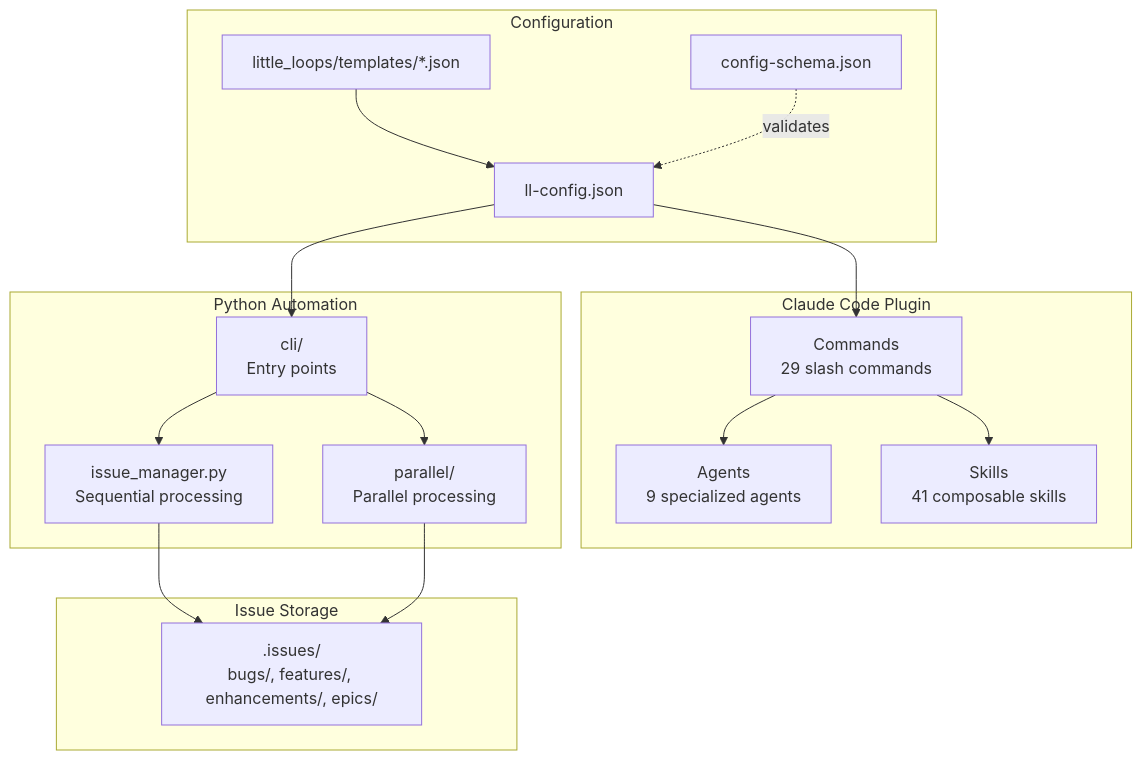
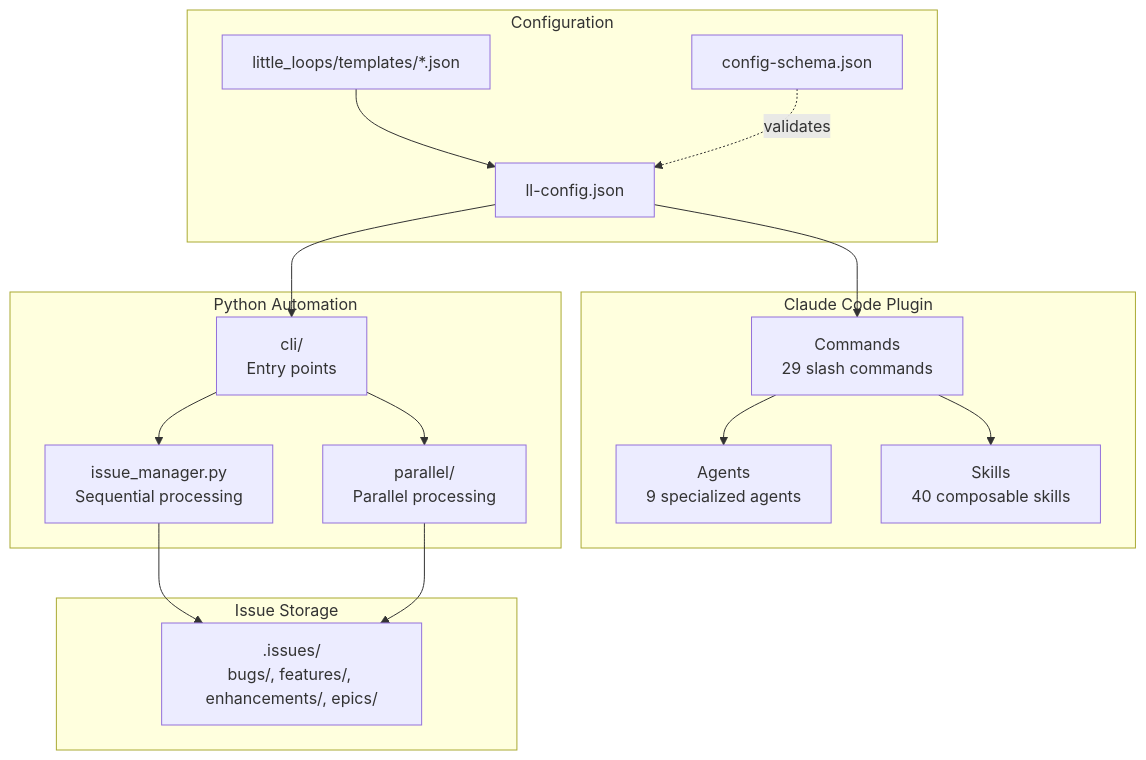
Before and after one commit to BrennonTWilliams/little-loops: the first of 17 diagrams in docs/ARCHITECTURE.md, drawn with Mermaid. The commit also changed other lines of this file and 113 other files, not shown here.

````diff
--- a/docs/ARCHITECTURE.md
+++ b/docs/ARCHITECTURE.md
@@ -21,35 +21,35 @@
 ```mermaid
 flowchart TB
     subgraph "Claude Code Plugin"
         CMD[Commands<br/>29 slash commands]
         AGT[Agents<br/>9 specialized agents]
-        SKL[Skills<br/>41 composable skills]
+        SKL[Skills<br/>40 composable skills]
     end
 
     subgraph "Configuration"
         CFG[ll-config.json]
         SCHEMA[config-schema.json]
         TPL[little_loops/templates/*.json]
     end
 
     subgraph "Python Automation"
         CLI[cli/<br/>Entry points]
         AUTO[issue_manager.py<br/>Sequential processing]
         PARALLEL[parallel/<br/>Parallel processing]
     end
 
     subgraph "Issue Storage"
         ISSUES[.issues/<br/>bugs/, features/, enhancements/, epics/]
     end
 
     CFG --> CMD
     TPL --> CFG
     SCHEMA -.->|validates| CFG
     CFG --> CLI
     CMD --> AGT
     CMD --> SKL
     CLI --> AUTO
     CLI --> PARALLEL
     AUTO --> ISSUES
     PARALLEL --> ISSUES
 ```
````
